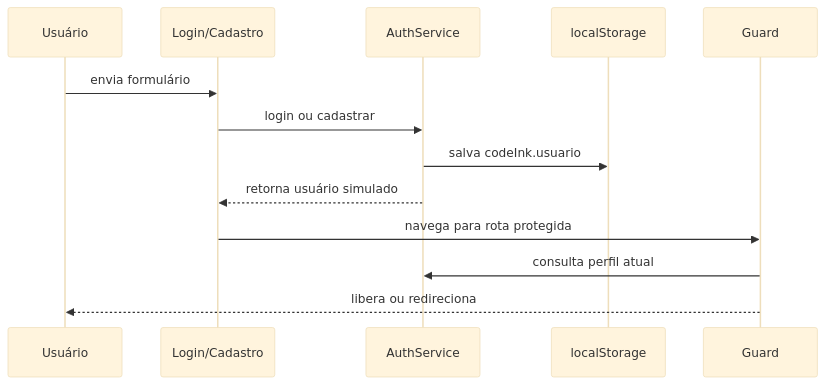
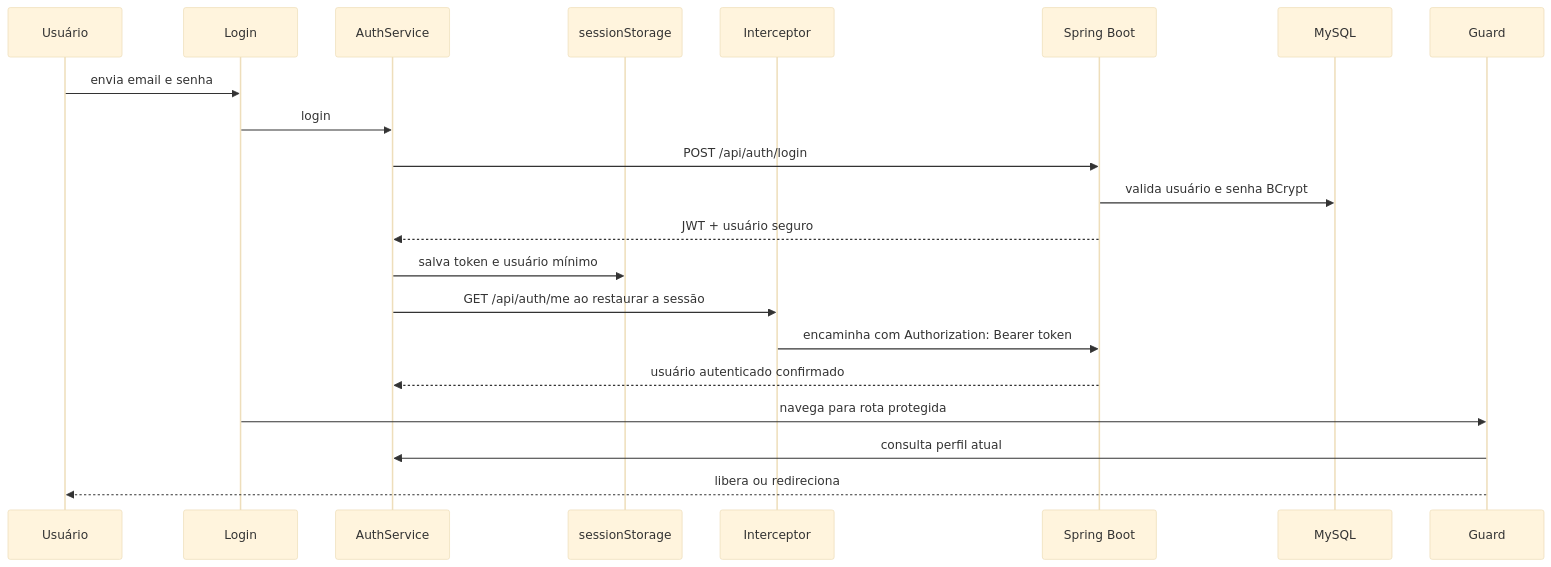
The third of 5 diagrams in PI_/docs/ARCHITECTURE.md (Fabrizio-bezerra99/codeink), drawn with Mermaid (base theme) before and after one commit. The commit also changed other lines of this file and 9 other files, not shown here.

Commit message:
docs: present Code Ink as a full-stack portfolio project

````diff
--- a/PI_/docs/ARCHITECTURE.md
+++ b/PI_/docs/ARCHITECTURE.md
@@ -128,15 +146,23 @@
 ```mermaid
 sequenceDiagram
     participant U as Usuário
-    participant P as Login/Cadastro
+    participant P as Login
     participant A as AuthService
-    participant L as localStorage
+    participant SS as sessionStorage
+    participant I as Interceptor
+    participant B as Spring Boot
+    participant DB as MySQL
     participant G as Guard
-    U->>P: envia formulário
-    P->>A: login ou cadastrar
-    A->>L: salva codeInk.usuario
-    A-->>P: retorna usuário simulado
+    U->>P: envia email e senha
+    P->>A: login
+    A->>B: POST /api/auth/login
+    B->>DB: valida usuário e senha BCrypt
+    B-->>A: JWT + usuário seguro
+    A->>SS: salva token e usuário mínimo
+    A->>I: GET /api/auth/me ao restaurar a sessão
+    I->>B: encaminha com Authorization: Bearer token
+    B-->>A: usuário autenticado confirmado
     P->>G: navega para rota protegida
     G->>A: consulta perfil atual
     G-->>U: libera ou redireciona
 ```
````
